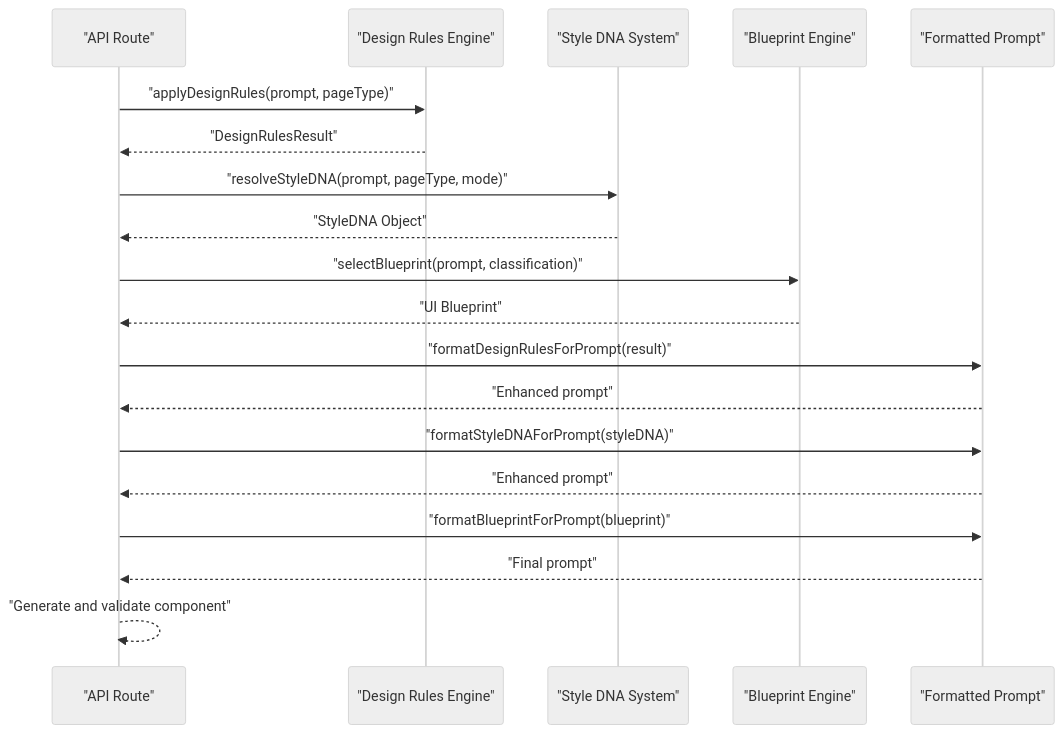
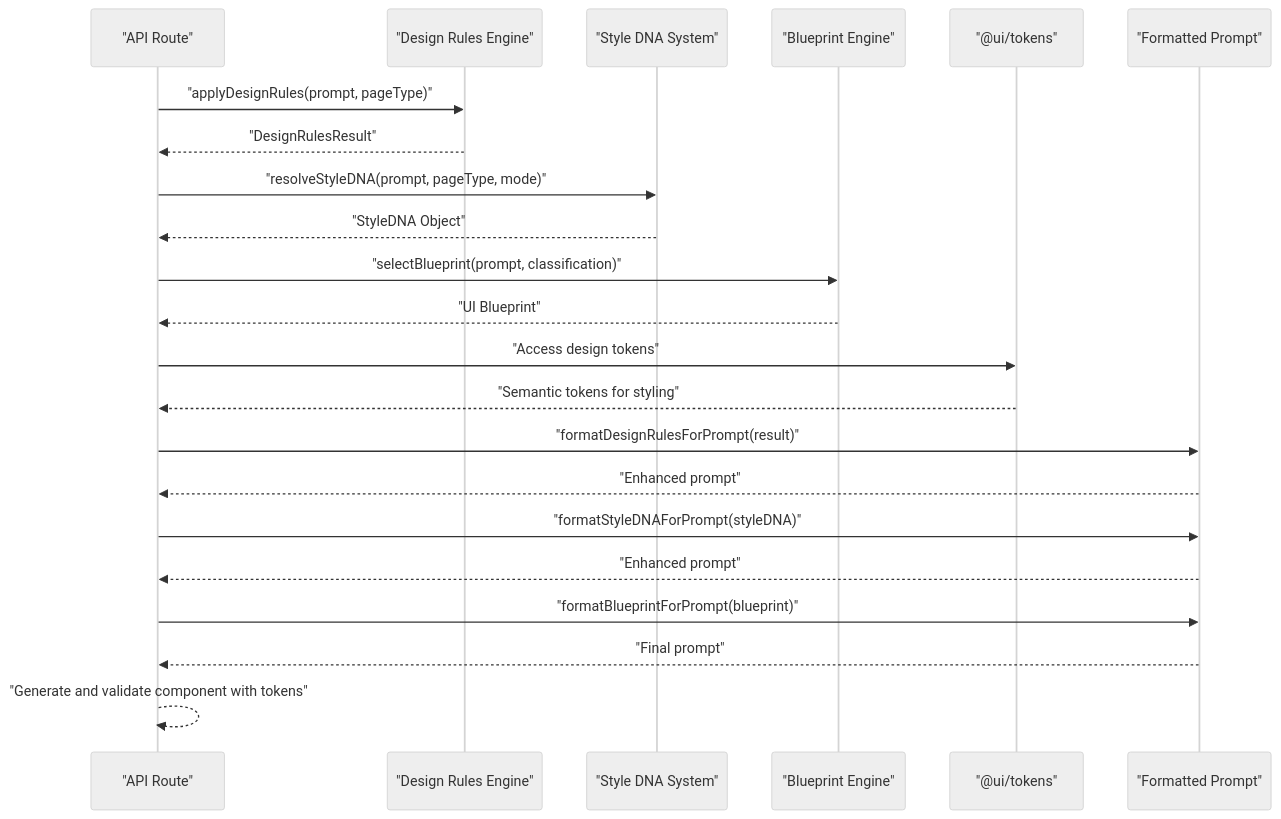
The eighth of 9 diagrams in .qoder/repowiki/en/content/UI Component System/Design System Integration.md (shekhargiri005-dotcom/AI-powered-accessibility-first-UI-engine), drawn with Mermaid (neutral theme) before and after one commit. The commit also changed other lines of this file and 22 other files, not shown here.

````diff
--- a/.qoder/repowiki/en/content/UI Component System/Design System Integration.md
+++ b/.qoder/repowiki/en/content/UI Component System/Design System Integration.md
@@ -474,21 +627,24 @@
 ```mermaid
 sequenceDiagram
 participant Route as "API Route"
 participant DR as "Design Rules Engine"
 participant SDNA as "Style DNA System"
 participant BP as "Blueprint Engine"
+participant Tokens as "@ui/tokens"
 participant Prompt as "Formatted Prompt"
 Route->>DR : "applyDesignRules(prompt, pageType)"
 DR-->>Route : "DesignRulesResult"
 Route->>SDNA : "resolveStyleDNA(prompt, pageType, mode)"
 SDNA-->>Route : "StyleDNA Object"
 Route->>BP : "selectBlueprint(prompt, classification)"
 BP-->>Route : "UI Blueprint"
+Route->>Tokens : "Access design tokens"
+Tokens-->>Route : "Semantic tokens for styling"
 Route->>Prompt : "formatDesignRulesForPrompt(result)"
 Prompt-->>Route : "Enhanced prompt"
 Route->>Prompt : "formatStyleDNAForPrompt(styleDNA)"
 Prompt-->>Route : "Enhanced prompt"
 Route->>Prompt : "formatBlueprintForPrompt(blueprint)"
 Prompt-->>Route : "Final prompt"
-Route-->>Route : "Generate and validate component"
+Route-->>Route : "Generate and validate component with tokens"
 ```
````
